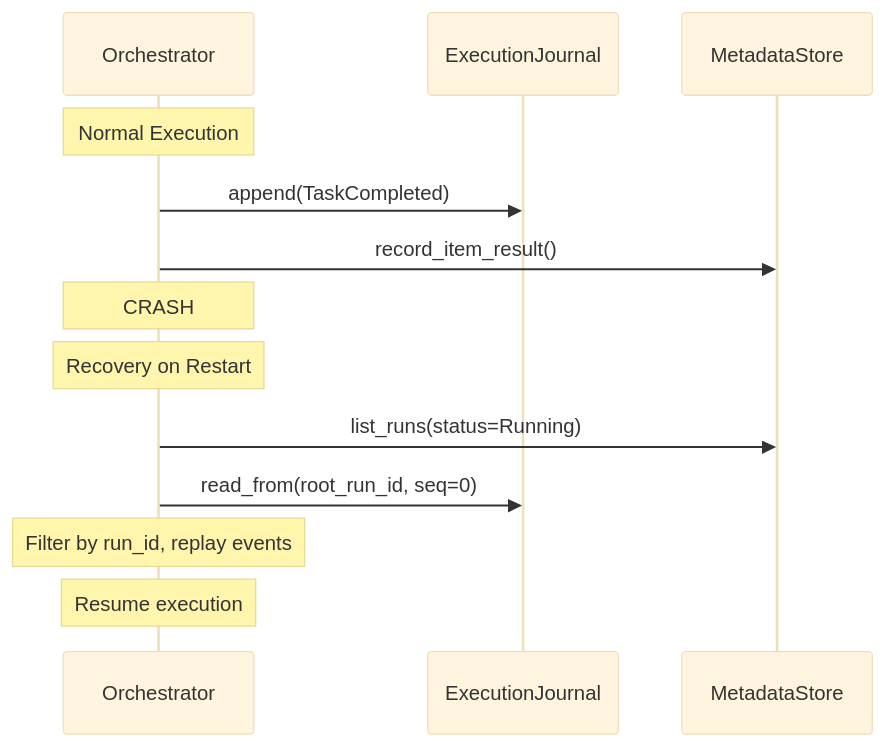
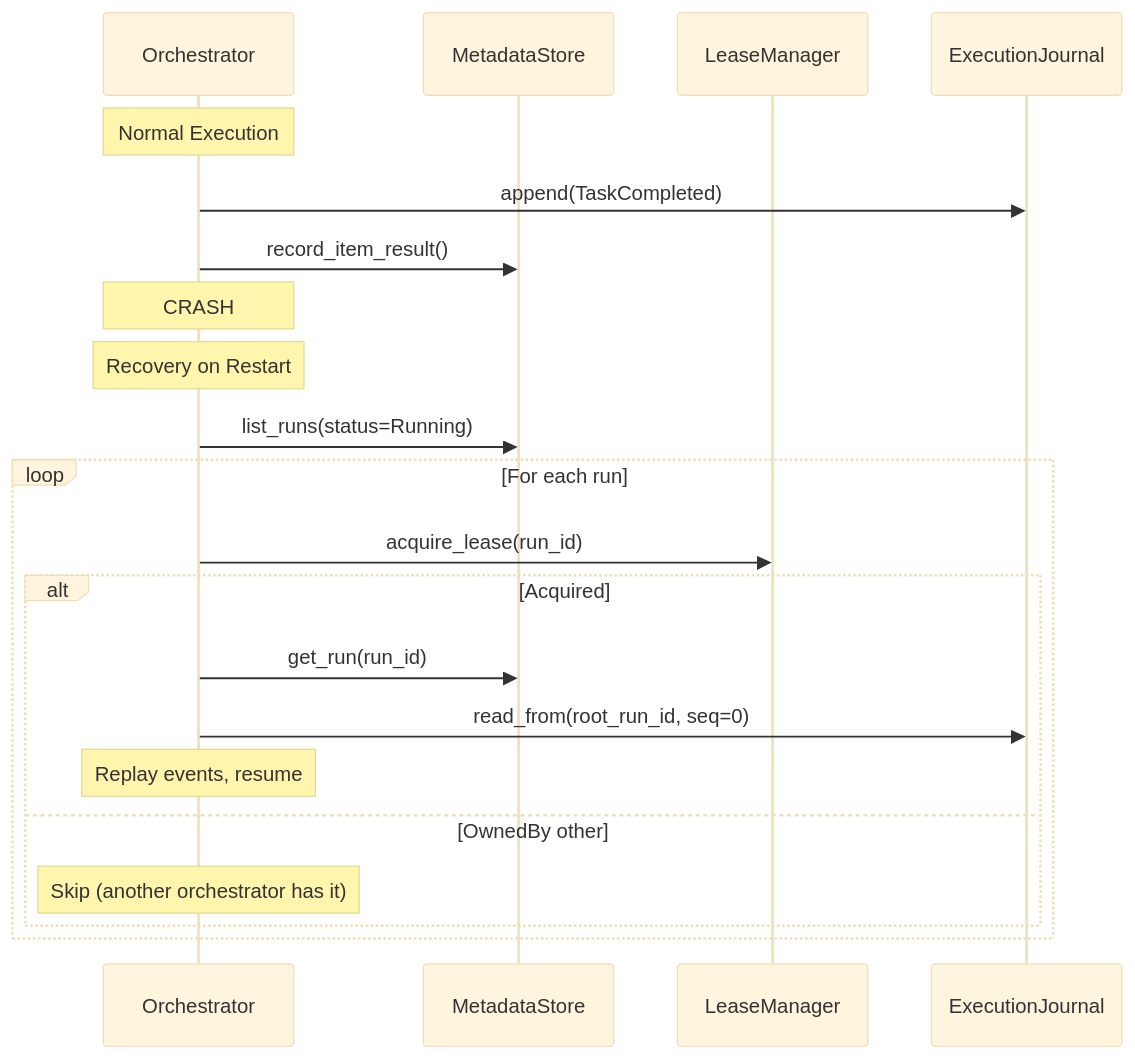
One commit to stepflow-ai/stepflow changed the second of 3 diagrams in docs/docs/deployment/persistence-recovery.md. Above: the diagram before and after it, drawn with Mermaid (base theme). The commit also changed other lines of this file and 16 other files, not shown here.

First line of the commit message:
refactor: Refine LeaseManager trait and add orchestrator tracking for distributed recovery

````diff
--- a/docs/docs/deployment/persistence-recovery.md
+++ b/docs/docs/deployment/persistence-recovery.md
@@ -106,18 +107,26 @@
 ```mermaid
 sequenceDiagram
     participant Orch as Orchestrator
+    participant Meta as MetadataStore
+    participant Lease as LeaseManager
     participant Journal as ExecutionJournal
-    participant Meta as MetadataStore
 
     Note over Orch: Normal Execution
     Orch->>Journal: append(TaskCompleted)
     Orch->>Meta: record_item_result()
 
     Note over Orch: CRASH
 
     Note over Orch: Recovery on Restart
     Orch->>Meta: list_runs(status=Running)
-    Orch->>Journal: read_from(root_run_id, seq=0)
-    Note over Orch: Filter by run_id, replay events
-    Note over Orch: Resume execution
+    loop For each run
+        Orch->>Lease: acquire_lease(run_id)
+        alt Acquired
+            Orch->>Meta: get_run(run_id)
+            Orch->>Journal: read_from(root_run_id, seq=0)
+            Note over Orch: Replay events, resume
+        else OwnedBy other
+            Note over Orch: Skip (another orchestrator has it)
+        end
+    end
 ```
````
